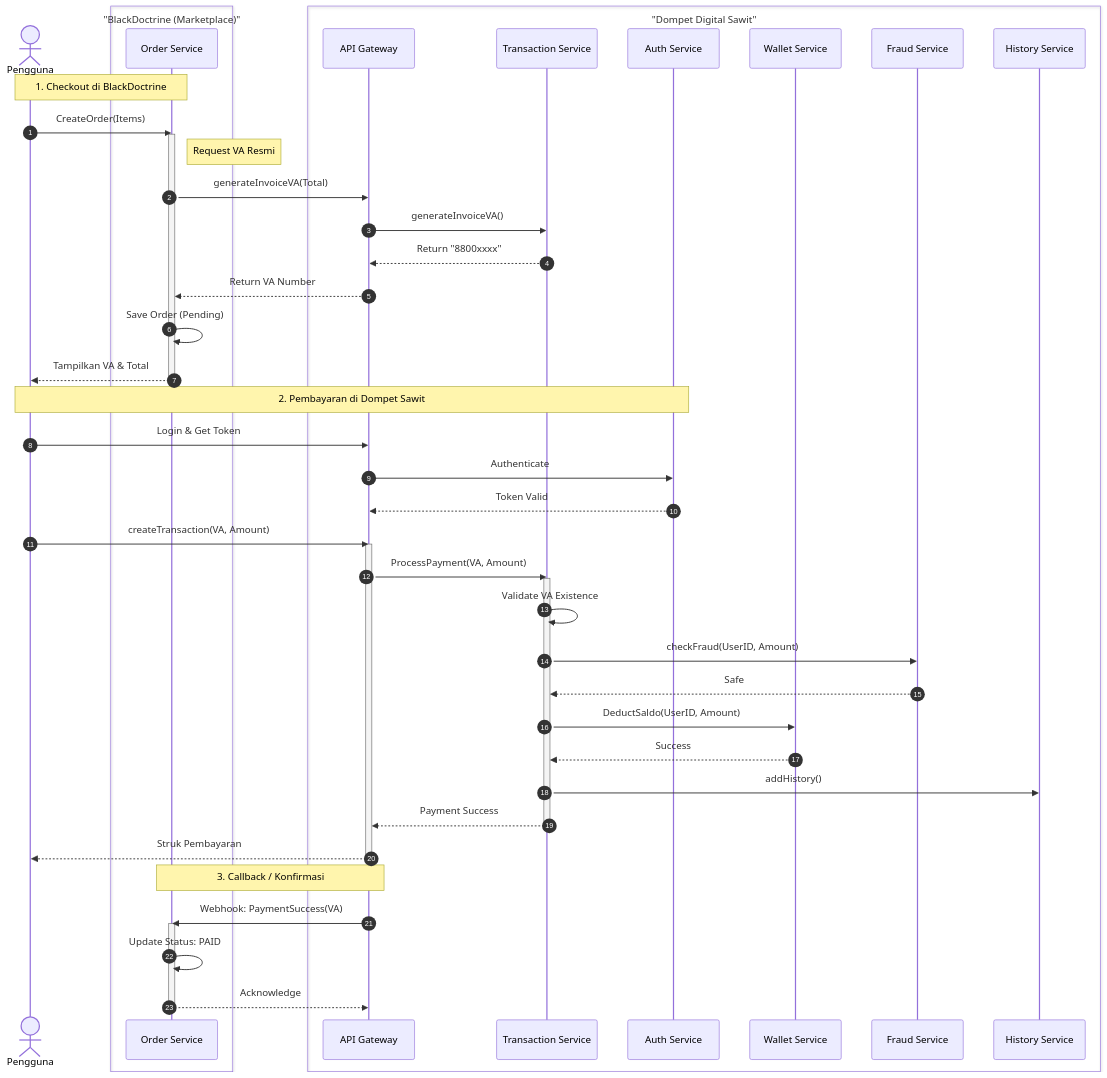
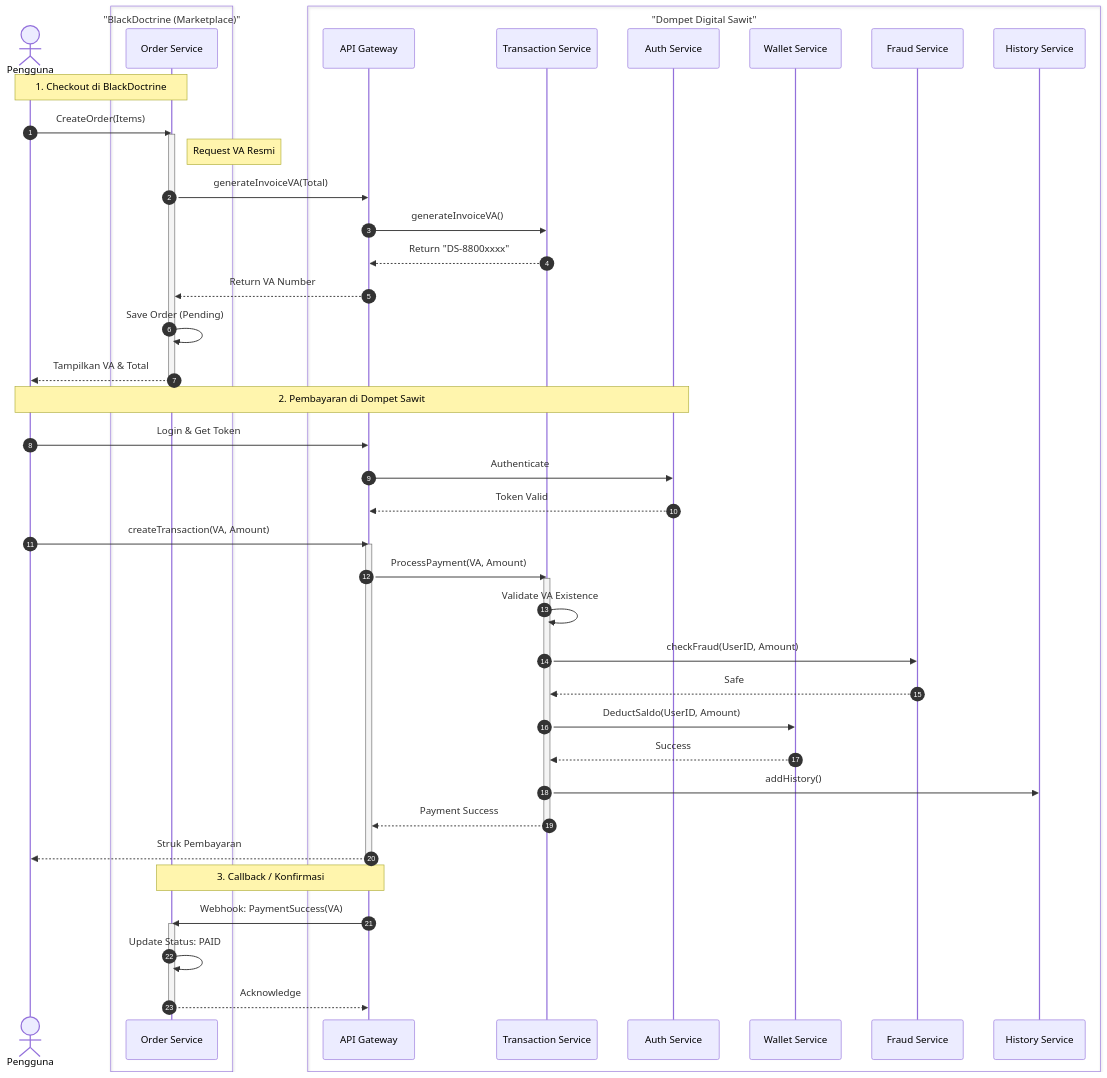
Before and after one commit to AAkmalAmran/Project-UAS-IAE_Dompet-Digital-Sawit: the second of 2 diagrams in readme.md, drawn with Mermaid.

Commit message:
Update VA number format in readme

````diff
--- a/readme.md
+++ b/readme.md
@@ -402,67 +402,67 @@
 ```mermaid
 sequenceDiagram
     autonumber
 
     actor User as Pengguna
     box "BlackDoctrine (Marketplace)" #FFFFFF
         participant Order as Order Service
     end
 
     box "Dompet Digital Sawit" #1E4D2B
         participant Gateway as API Gateway
         participant Trans as Transaction Service
         participant Auth as Auth Service
         participant Wallet as Wallet Service
         participant Fraud as Fraud Service
         participant History as History Service
     end
 
     Note over User, Order: 1. Checkout di BlackDoctrine
 
     User->>Order: CreateOrder(Items)
     activate Order
     
     Note right of Order: Request VA Resmi
     Order->>Gateway: generateInvoiceVA(Total)
     Gateway->>Trans: generateInvoiceVA()
-    Trans-->>Gateway: Return "8800xxxx"
+    Trans-->>Gateway: Return "DS-8800xxxx"
     Gateway-->>Order: Return VA Number
     
     Order->>Order: Save Order (Pending)
     Order-->>User: Tampilkan VA & Total
     deactivate Order
 
     Note over User, Auth: 2. Pembayaran di Dompet Sawit
 
     User->>Gateway: Login & Get Token
     Gateway->>Auth: Authenticate
     Auth-->>Gateway: Token Valid
 
     User->>Gateway: createTransaction(VA, Amount)
     activate Gateway
     Gateway->>Trans: ProcessPayment(VA, Amount)
     activate Trans
 
         Trans->>Trans: Validate VA Existence
         
         Trans->>Fraud: checkFraud(UserID, Amount)
         Fraud-->>Trans: Safe
 
         Trans->>Wallet: DeductSaldo(UserID, Amount)
         Wallet-->>Trans: Success
 
         Trans->>History: addHistory()
 
     Trans-->>Gateway: Payment Success
     deactivate Trans
     Gateway-->>User: Struk Pembayaran
     deactivate Gateway
 
     Note over Gateway, Order: 3. Callback / Konfirmasi
 
     Gateway->>Order: Webhook: PaymentSuccess(VA)
     activate Order
     Order->>Order: Update Status: PAID
     Order-->>Gateway: Acknowledge
     deactivate Order
 ```
````
